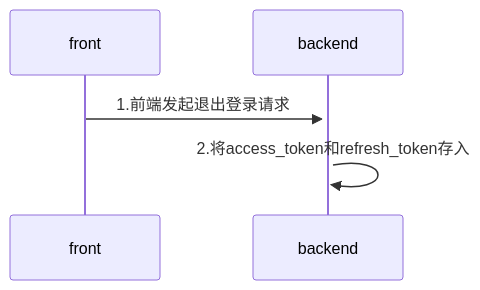
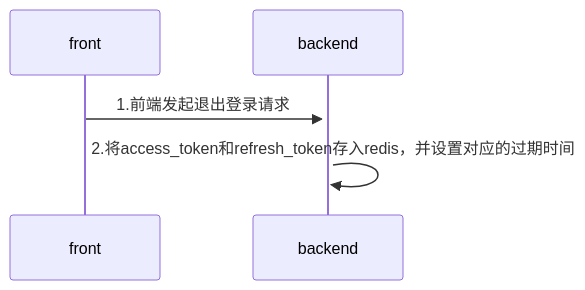
Before and after one commit to yingjianzh/iodraw-files: the diagram in all/未命名-4.md, drawn with Mermaid.

Commit message:
2024-08-05 11:18:53 update

````diff
--- a/all/未命名-4.md
+++ b/all/未命名-4.md
@@ -1,6 +1,6 @@
 ```mermaid
 sequenceDiagram
     front->>+backend: 1.前端发起退出登录请求
-    backend->>backend: 2.将access_token和refresh_token存入
+    backend->>backend: 2.将access_token和refresh_token存入redis，并设置对应的过期时间
    
 ```
````
